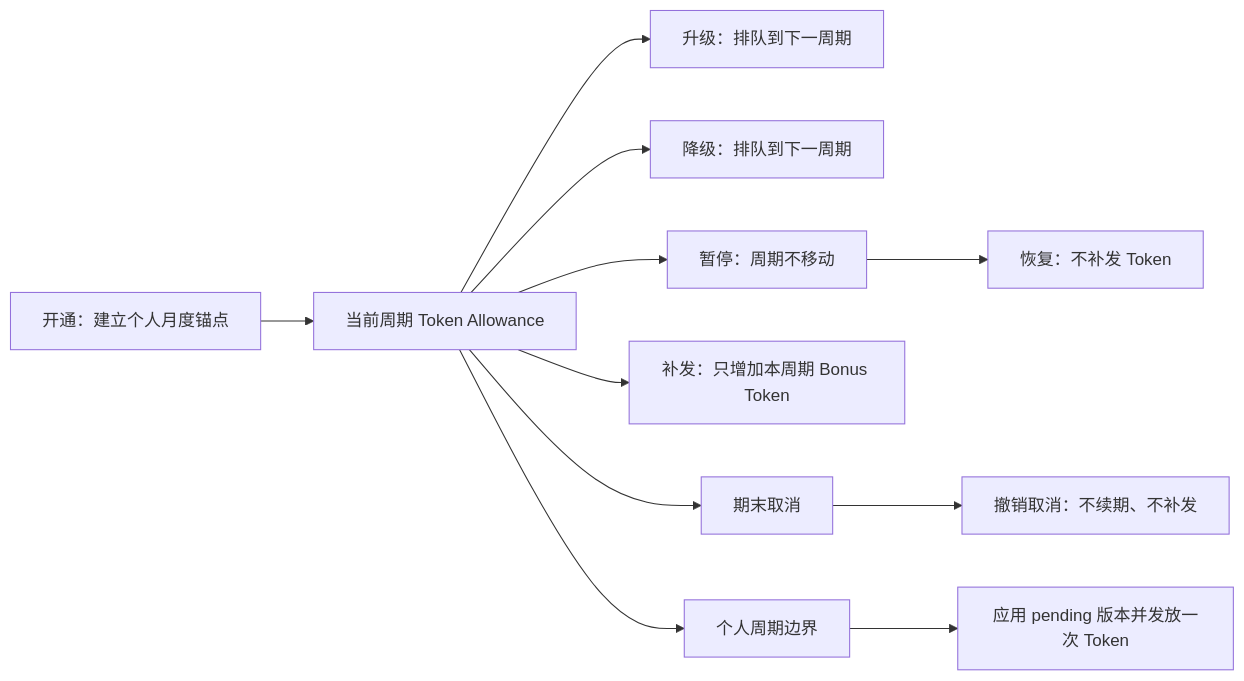
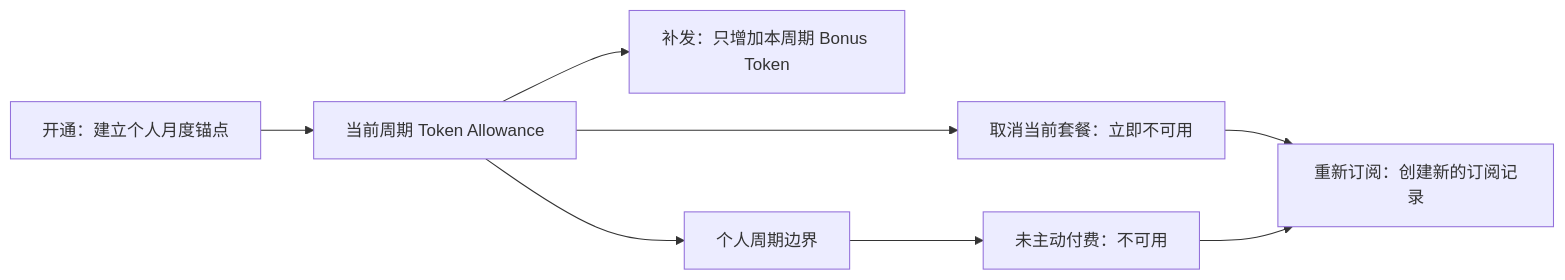
The diagram in docs/design/modules/03-subscriptions.md (glide-the/dream-im-platform), drawn with Mermaid before and after one commit. The commit also changed other lines of this file and 4 other files, not shown here.

````diff
--- a/docs/design/modules/03-subscriptions.md
+++ b/docs/design/modules/03-subscriptions.md
@@ -96,10 +96,9 @@
 ```mermaid
 flowchart LR
   Open["开通：建立个人月度锚点"] --> Current["当前周期 Token Allowance"]
-  Current --> Upgrade["升级：排队到下一周期"]
-  Current --> Downgrade["降级：排队到下一周期"]
-  Current --> Pause["暂停：周期不移动"] --> Resume["恢复：不补发 Token"]
   Current --> Grant["补发：只增加本周期 Bonus Token"]
-  Current --> Cancel["期末取消"] --> Revoke["撤销取消：不续期、不补发"]
-  Current --> Boundary["个人周期边界"] --> Next["应用 pending 版本并发放一次 Token"]
+  Current --> Cancel["取消当前套餐：立即不可用"]
+  Cancel --> New["重新订阅：创建新的订阅记录"]
+  Current --> Boundary["个人周期边界"] --> Expired["未主动付费：不可用"]
+  Expired --> New
 ```
````
